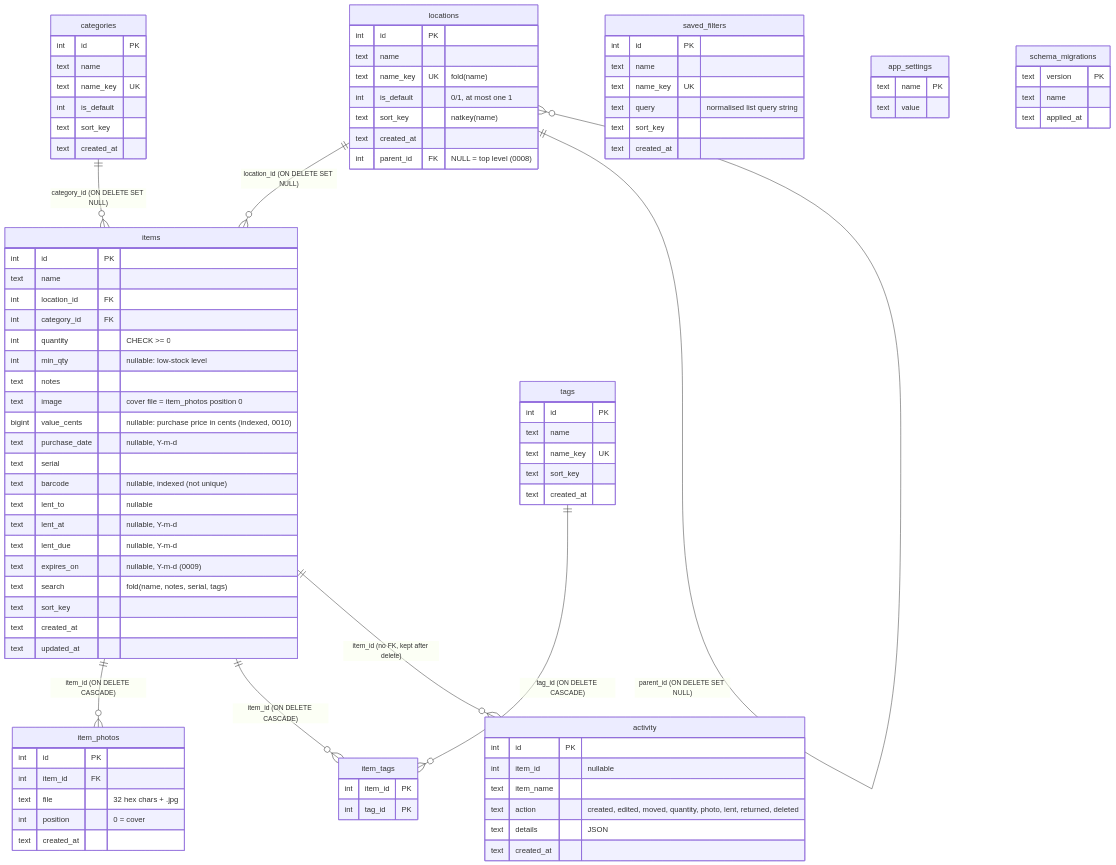
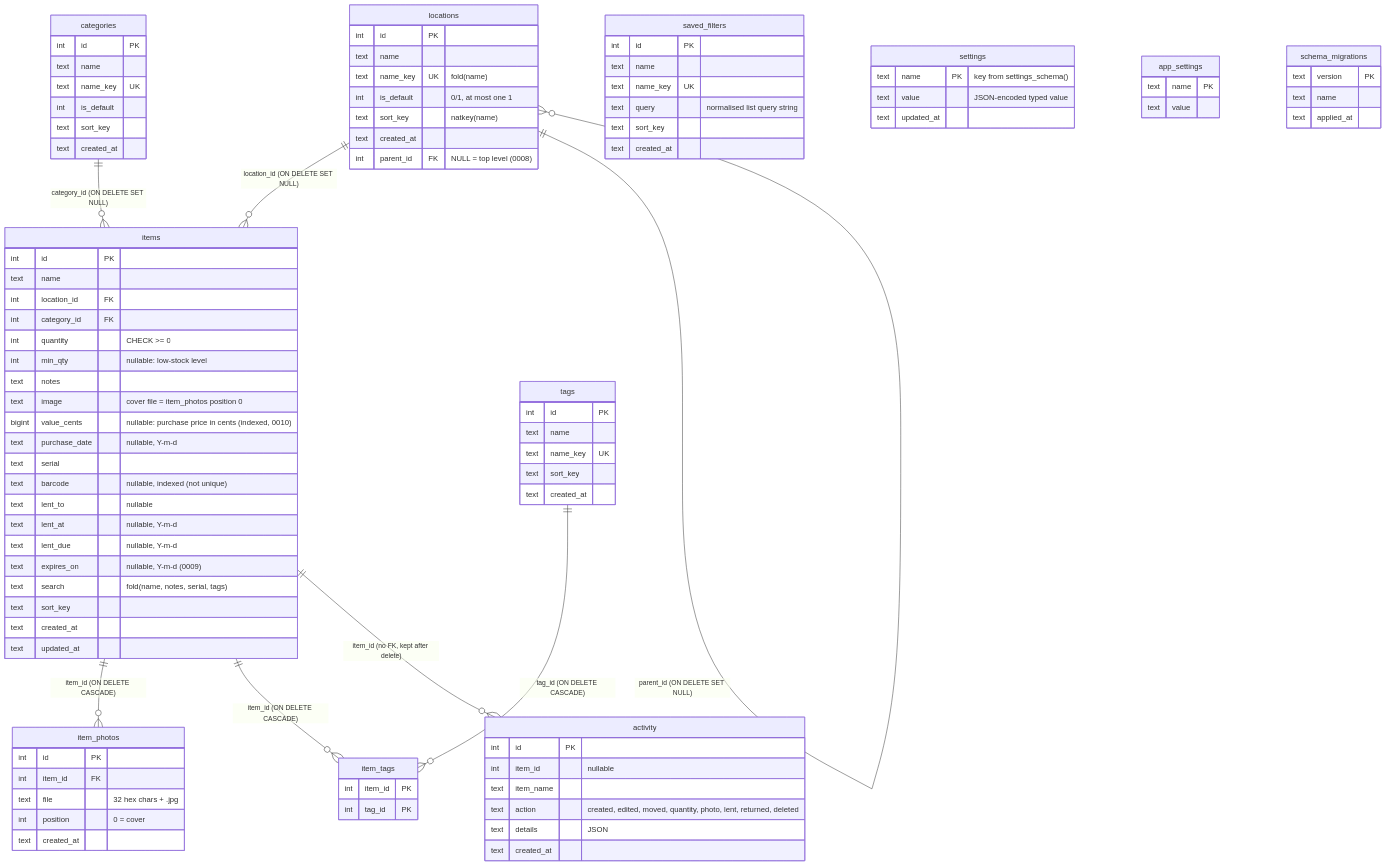
The first of 2 diagrams in docs/database.md (thordin9/apotheke), drawn with Mermaid before and after one commit. The commit also changed other lines of this file and 10 other files, not shown here.

```diff
--- a/docs/database.md
+++ b/docs/database.md
@@ -88,6 +88,11 @@
     text details "JSON"
     text created_at
   }
+  settings {
+    text name PK "key from settings_schema()"
+    text value "JSON-encoded typed value"
+    text updated_at
+  }
   app_settings {
     text name PK
     text value
```
